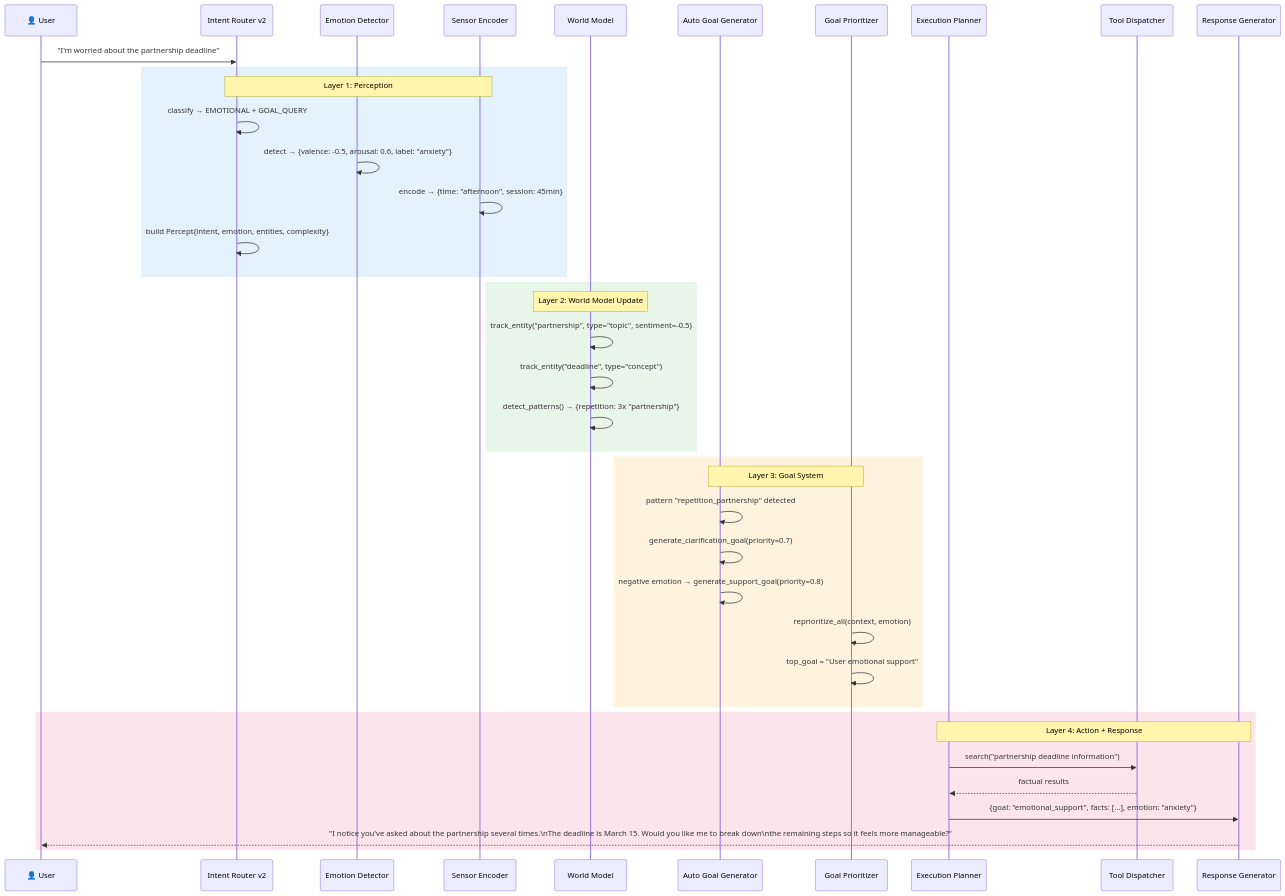
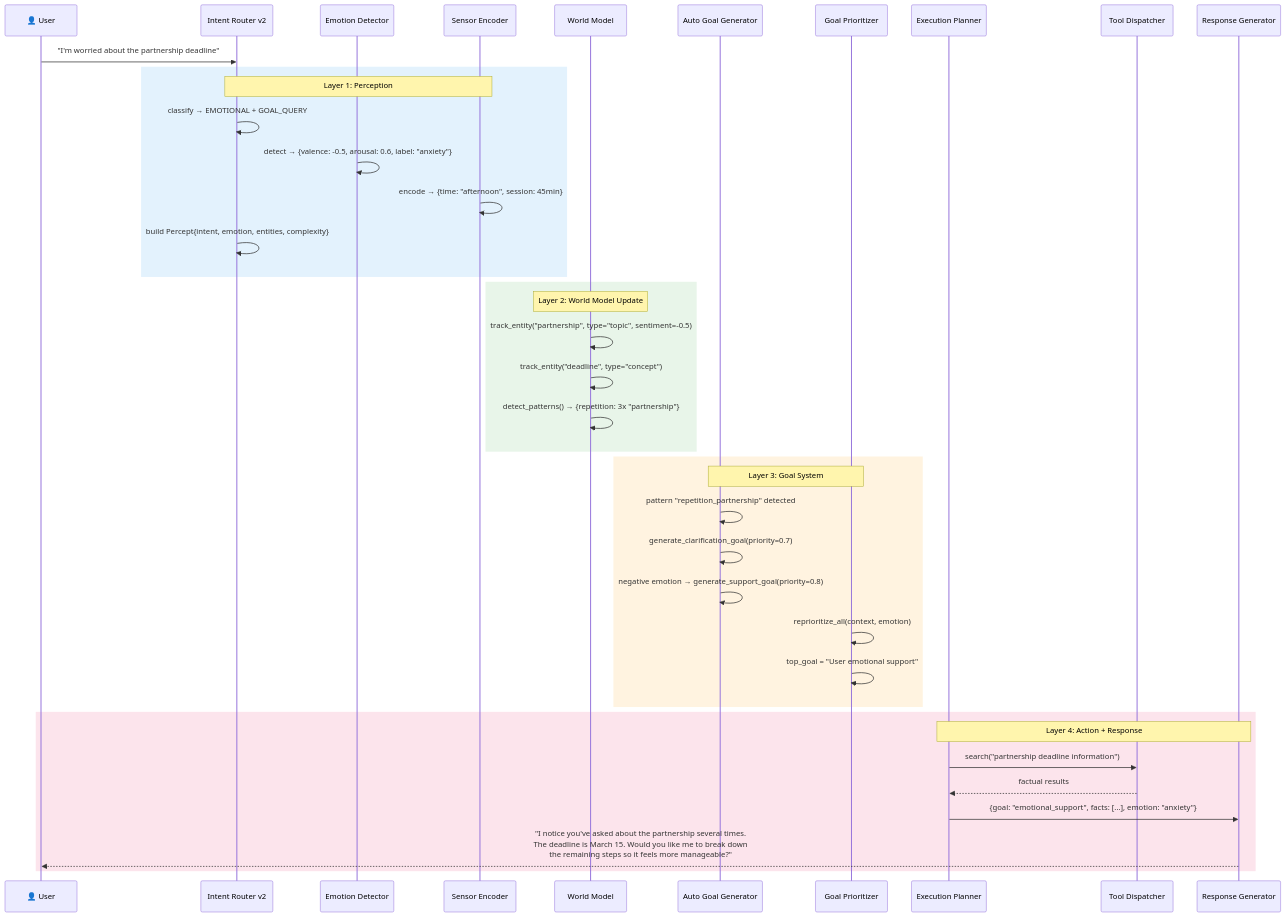
The third of 8 diagrams in docs/levels/Level_2_Autonomous_Agent.md (dotnetpower/mscp), drawn with Mermaid before and after one commit. The commit also changed other lines of this file and 3 other files, not shown here.

Commit message:
Refactor flowchart descriptions in Level 2, Level 3, Level 4.5, and Level 4 documentation to improve readability by replacing newline characters with HTML line breaks.

````diff
--- a/docs/levels/Level_2_Autonomous_Agent.md
+++ b/docs/levels/Level_2_Autonomous_Agent.md
@@ -155,47 +155,47 @@
 ```mermaid
 sequenceDiagram
     participant U as 👤 User
     participant IR as Intent Router v2
     participant ED as Emotion Detector
     participant SE as Sensor Encoder
     participant WM as World Model
     participant AG as Auto Goal Generator
     participant GP as Goal Prioritizer
     participant EP as Execution Planner
     participant TD as Tool Dispatcher
     participant RG as Response Generator
 
     U->>IR: "I'm worried about the partnership deadline"
     
     rect rgb(227, 242, 253)
         Note over IR,SE: Layer 1: Perception
         IR->>IR: classify → EMOTIONAL + GOAL_QUERY
         ED->>ED: detect → {valence: -0.5, arousal: 0.6, label: "anxiety"}
         SE->>SE: encode → {time: "afternoon", session: 45min}
         IR->>IR: build Percept{intent, emotion, entities, complexity}
     end
 
     rect rgb(232, 245, 233)
         Note over WM: Layer 2: World Model Update
         WM->>WM: track_entity("partnership", type="topic", sentiment=-0.5)
         WM->>WM: track_entity("deadline", type="concept")
         WM->>WM: detect_patterns() → {repetition: 3x "partnership"}
     end
 
     rect rgb(255, 243, 224)
         Note over AG,GP: Layer 3: Goal System
         AG->>AG: pattern "repetition_partnership" detected
         AG->>AG: generate_clarification_goal(priority=0.7)
         AG->>AG: negative emotion → generate_support_goal(priority=0.8)
         GP->>GP: reprioritize_all(context, emotion)
         GP->>GP: top_goal = "User emotional support"
     end
 
     rect rgb(252, 228, 236)
         Note over EP,RG: Layer 4: Action + Response
         EP->>TD: search("partnership deadline information")
         TD-->>EP: factual results
         EP->>RG: {goal: "emotional_support", facts: [...], emotion: "anxiety"}
-        RG-->>U: "I notice you've asked about the partnership several times.\nThe deadline is March 15. Would you like me to break down\nthe remaining steps so it feels more manageable?"
+        RG-->>U: "I notice you've asked about the partnership several times.<br/>The deadline is March 15. Would you like me to break down<br/>the remaining steps so it feels more manageable?"
     end
 ```
````
